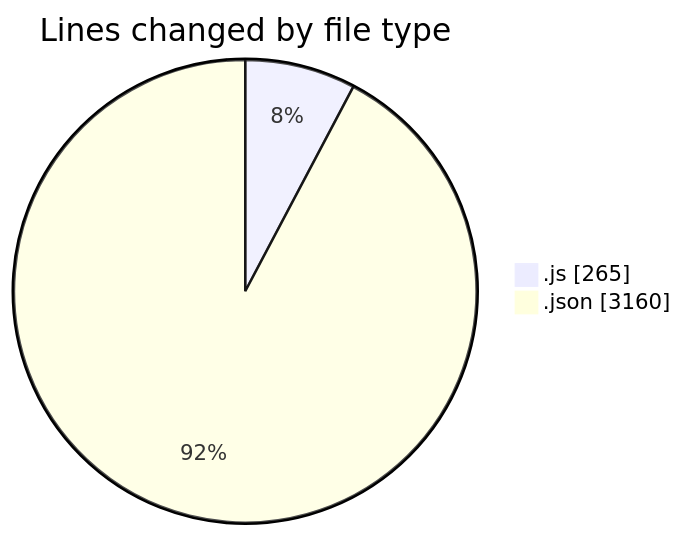
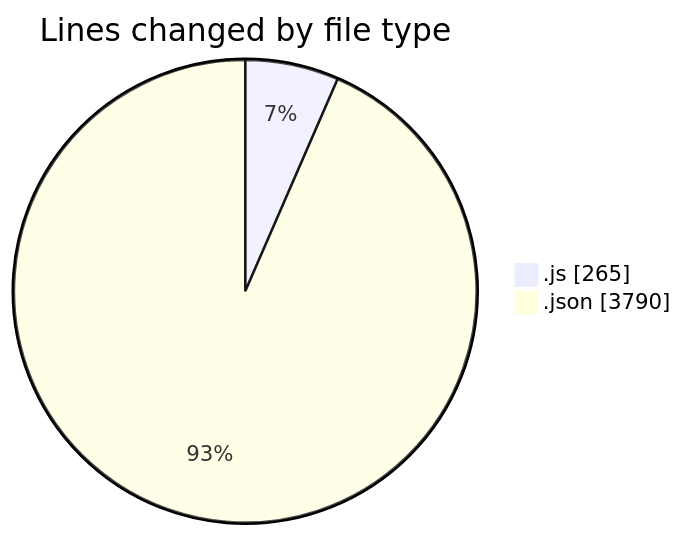
Before and after one commit to nxtqubesakshisongat/code-tracking: the first of 2 diagrams in 2025-04-09/nxtqube_webapp/README.md, drawn with Mermaid. The commit also changed other lines of this file and 1 other file, not shown here.

````diff
--- a/2025-04-09/nxtqube_webapp/README.md
+++ b/2025-04-09/nxtqube_webapp/README.md
@@ -23,6 +23,6 @@
 ```mermaid
 pie showData
 title Lines changed by file type
 ".js" : 265
-".json" : 3160
+".json" : 3790
 ```
````
